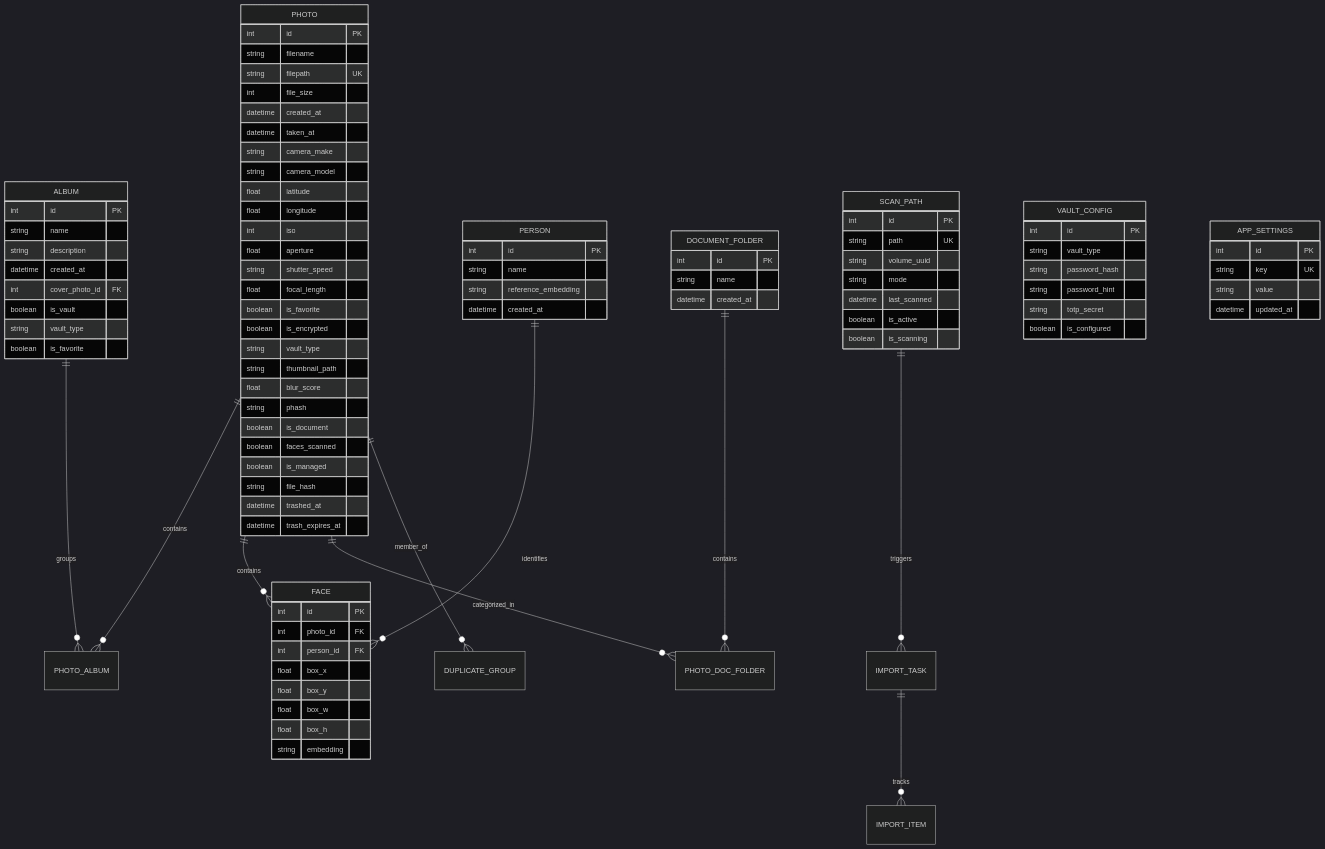
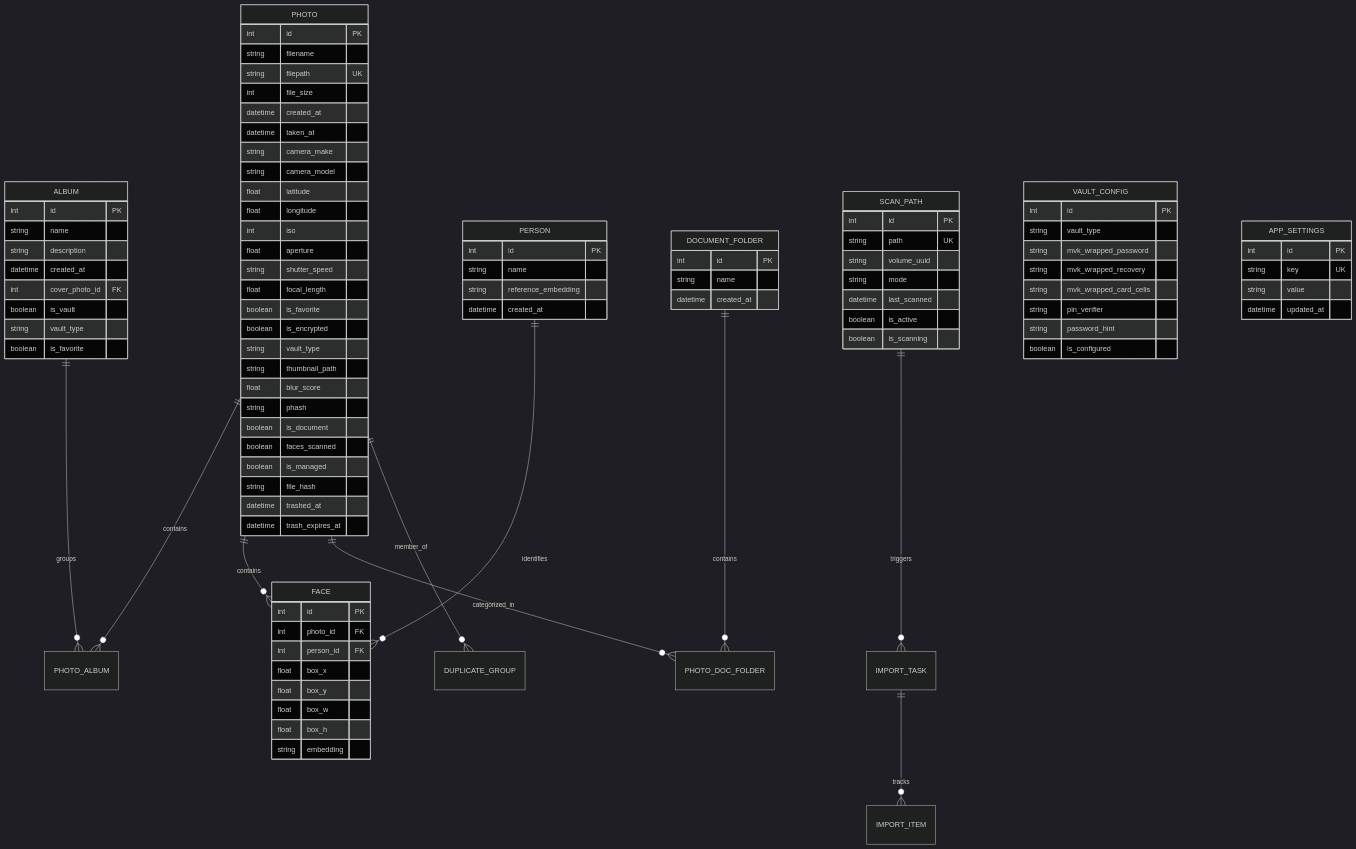
Before and after one commit to SumitKanchan4/SecurePhotos: the seventh of 7 diagrams in docs/architecture.md, drawn with Mermaid (dark theme). The commit also changed other lines of this file and 15 other files, not shown here.

```diff
--- a/docs/architecture.md
+++ b/docs/architecture.md
@@ -308,9 +284,11 @@
     VAULT_CONFIG {
         int id PK
         string vault_type
-        string password_hash
+        string mvk_wrapped_password
+        string mvk_wrapped_recovery
+        string mvk_wrapped_card_cells
+        string pin_verifier
         string password_hint
-        string totp_secret
         boolean is_configured
     }
 
```
